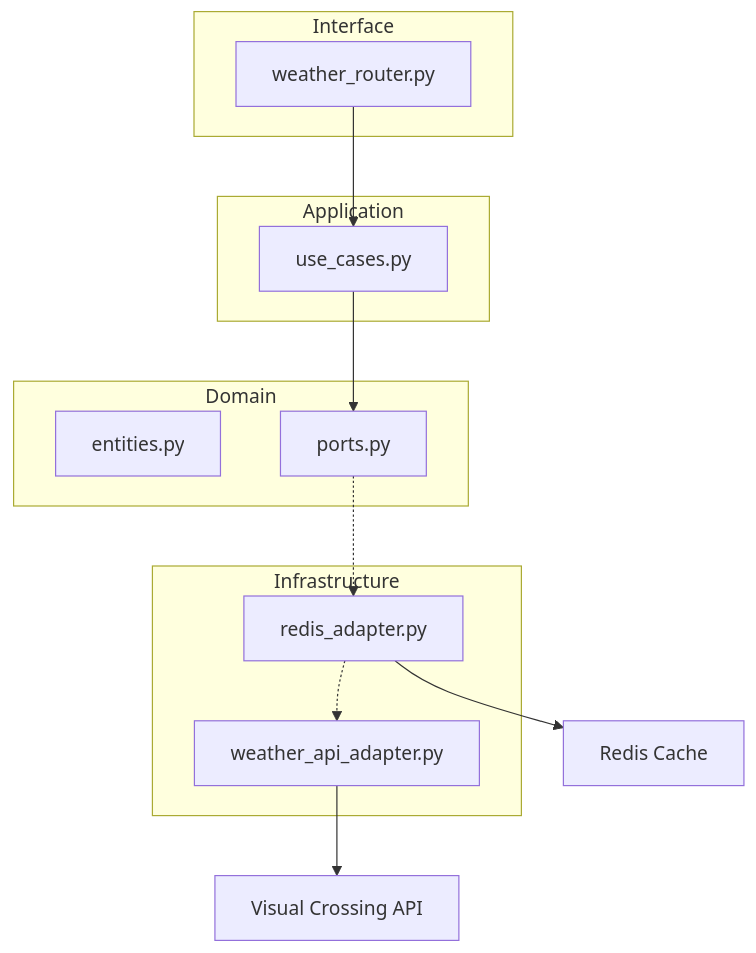
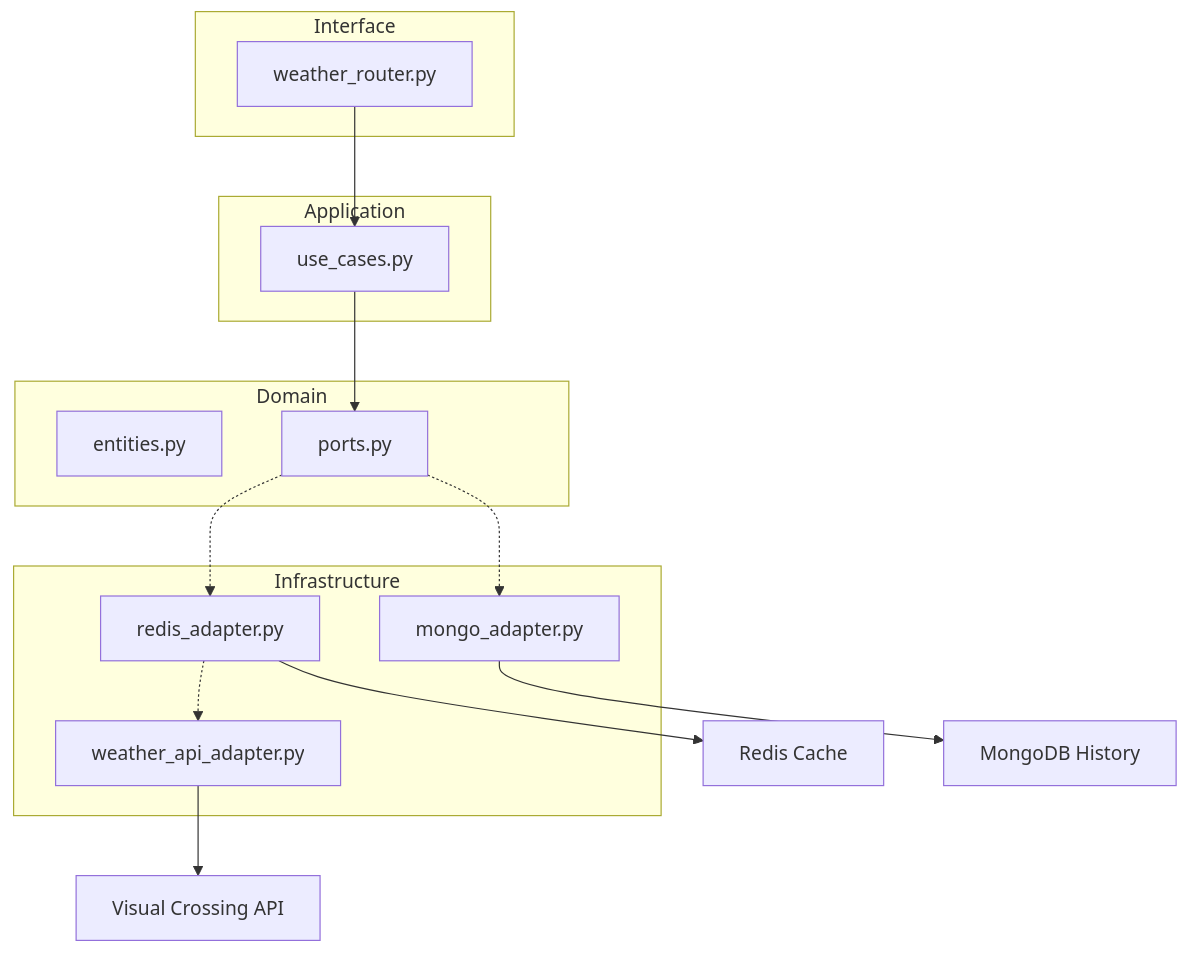
The diagram in README.md (Matheus904-12/WeatherAPI), drawn with Mermaid before and after one commit. The commit also changed other lines of this file, not shown here.

````diff
--- a/README.md
+++ b/README.md
@@ -20,24 +20,27 @@
 ```mermaid
 graph TD
     subgraph Interface
         R[weather_router.py]
     end
     subgraph Application
         UC[use_cases.py]
     end
     subgraph Domain
         E[entities.py]
         P[ports.py]
     end
     subgraph Infrastructure
         RA[redis_adapter.py]
+        MA[mongo_adapter.py]
         A[weather_api_adapter.py]
     end
 
     R --> UC
     UC --> P
     P -.-> RA
+    P -.-> MA
     RA -.-> A
     A --> VC[Visual Crossing API]
     RA --> RD[Redis Cache]
+    MA --> MG[MongoDB History]
 ```
````
